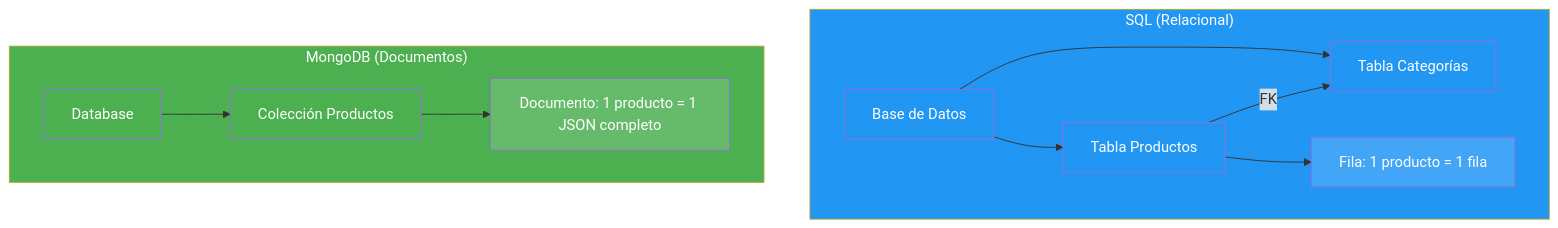
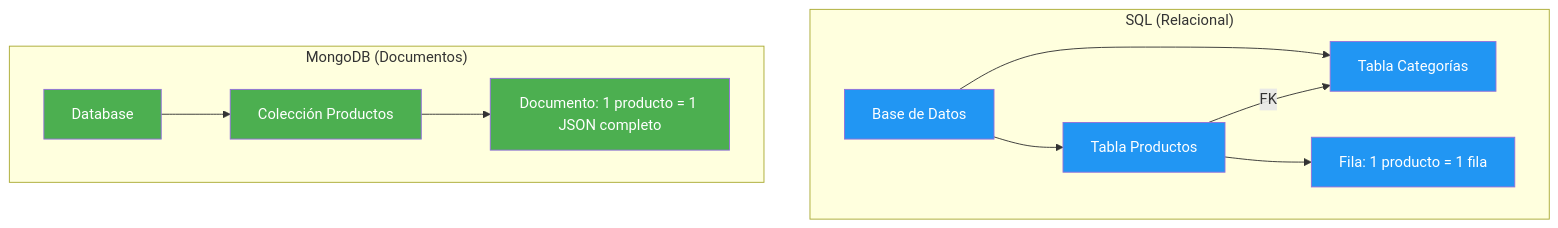
Before and after one commit to joseluisgs/DesarrolloWebEntornosServidor-02-2026-2027: the first of 9 diagrams in 13-mongodb.md, drawn with Mermaid. The commit also changed other lines of this file, not shown here.

````diff
--- a/13-mongodb.md
+++ b/13-mongodb.md
@@ -89,24 +89,22 @@
 ```mermaid
 graph TD
     subgraph SQL["SQL (Relacional)"]
         S1[Base de Datos] --> S2[Tabla Productos]
         S1 --> S3[Tabla Categorías]
         S2 -->|FK| S3
         S2 --> S4[Fila: 1 producto = 1 fila]
     end
 
     subgraph NOSQL["MongoDB (Documentos)"]
         M1[Database] --> M2[Colección Productos]
         M2 --> M3[Documento: 1 producto = 1 JSON completo]
     end
 
-    style SQL fill:#2196F3,color:#fff
-    style NOSQL fill:#4CAF50,color:#fff
     style S1 fill:#2196F3,color:#fff
     style S2 fill:#2196F3,color:#fff
     style S3 fill:#2196F3,color:#fff
-    style S4 fill:#42A5F5,color:#fff
+    style S4 fill:#2196F3,color:#fff
     style M1 fill:#4CAF50,color:#fff
     style M2 fill:#4CAF50,color:#fff
-    style M3 fill:#66BB6A,color:#fff
+    style M3 fill:#4CAF50,color:#fff
 ```
````
